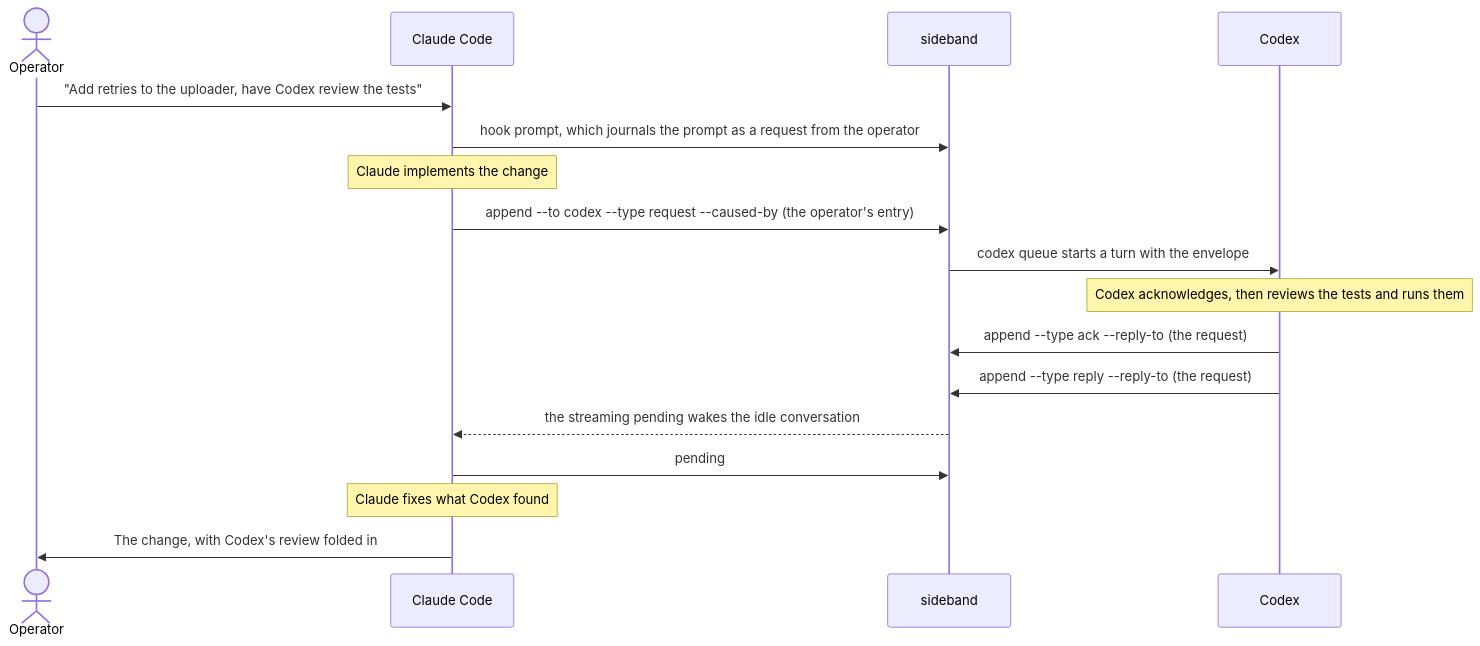
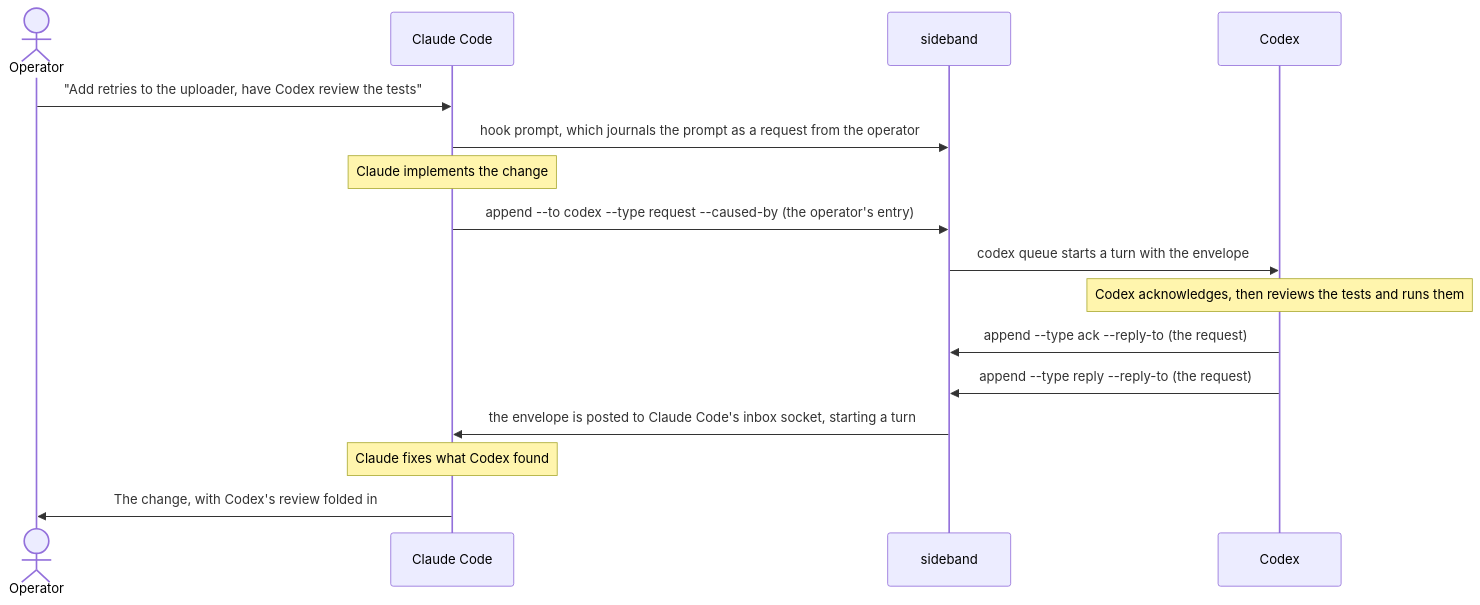
The second of 2 diagrams in README.md (moltenbits/sideband), drawn with Mermaid before and after one commit. The commit also changed other lines of this file and 20 other files, not shown here.

First line of the commit message:
Push deliveries to Claude over Claude Code's inbox socket (#6)

````diff
--- a/README.md
+++ b/README.md
@@ -114,20 +132,19 @@
 ```mermaid
 sequenceDiagram
     actor Operator
     participant Claude as Claude Code
     participant SB as sideband
     participant Codex
 
     Operator->>Claude: "Add retries to the uploader, have Codex review the tests"
     Claude->>SB: hook prompt, which journals the prompt as a request from the operator
     Note over Claude: Claude implements the change
     Claude->>SB: append --to codex --type request --caused-by (the operator's entry)
     SB->>Codex: codex queue starts a turn with the envelope
     Note over Codex: Codex acknowledges, then reviews the tests and runs them
     Codex->>SB: append --type ack --reply-to (the request)
     Codex->>SB: append --type reply --reply-to (the request)
-    SB-->>Claude: the streaming pending wakes the idle conversation
-    Claude->>SB: pending
+    SB->>Claude: the envelope is posted to Claude Code's inbox socket, starting a turn
     Note over Claude: Claude fixes what Codex found
     Claude->>Operator: The change, with Codex's review folded in
 ```
````
